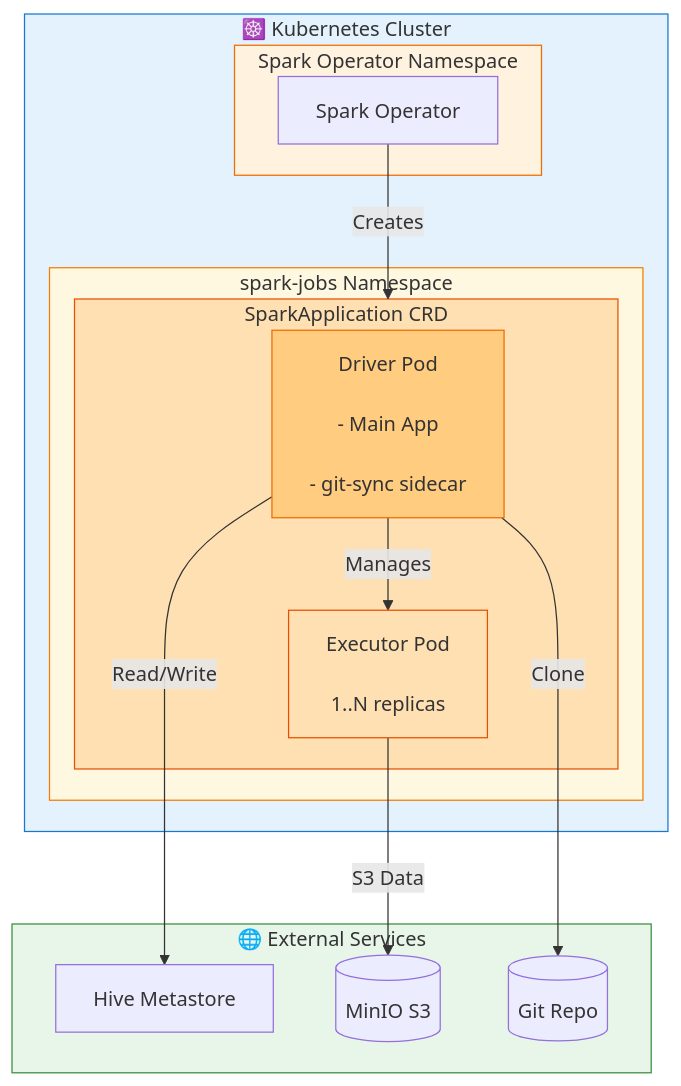
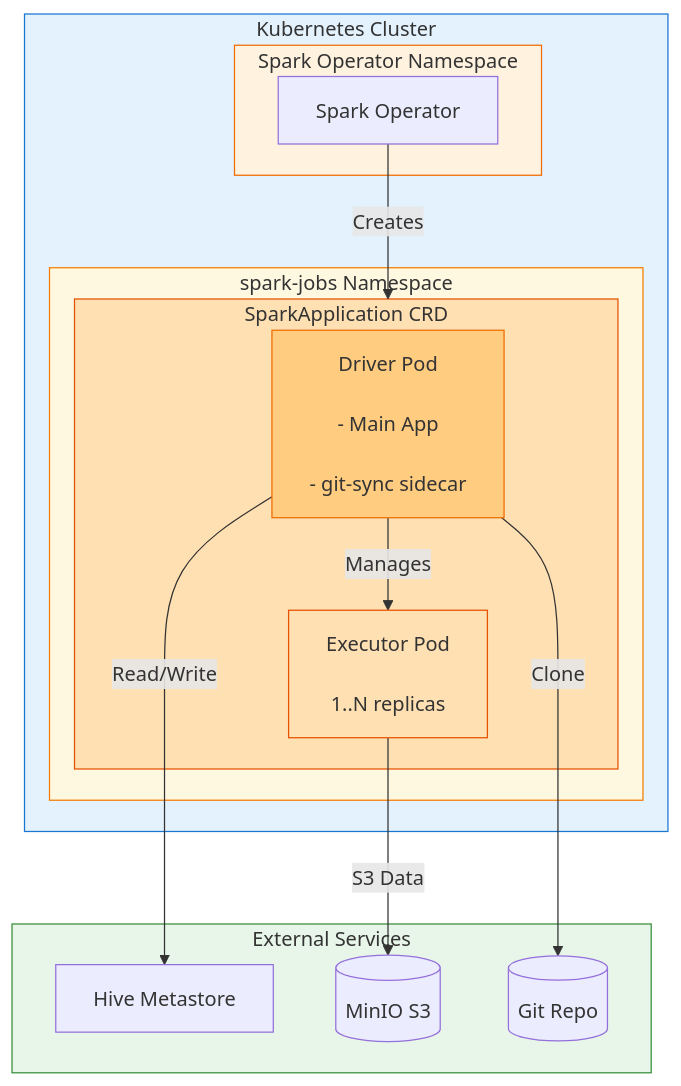
The first of 2 diagrams in website/docs/03-processing/apache-spark/README.md (trangtoan293/hanas-doc), drawn with Mermaid before and after one commit. The commit also changed 2 other files, not shown here.

Commit message:
docs: update processing layer documentation
Update Apache Airflow and Apache Spark documentation

Ultraworked with [Sisyphus](https://github.com/code-yeongyu/oh-my-opencode)

````diff
--- a/website/docs/03-processing/apache-spark/README.md
+++ b/website/docs/03-processing/apache-spark/README.md
@@ -9,39 +9,39 @@
 ```mermaid
 flowchart TB
-    subgraph K8s["☸️ Kubernetes Cluster"]
+    subgraph K8s["Kubernetes Cluster"]
         subgraph SparkOp["Spark Operator Namespace"]
             SO[Spark Operator]
         end
         
         subgraph SparkJobs["spark-jobs Namespace"]
             subgraph App["SparkApplication CRD"]
                 Driver[Driver Pod
                 <br/>- Main App
                 <br/>- git-sync sidecar]
                 Executor[Executor Pod
                 <br/>1..N replicas]
             end
         end
     end
     
-    subgraph External["🌐 External Services"]
+    subgraph External["External Services"]
         HMS[Hive Metastore]
         MinIO[(MinIO S3)]
         Git[(Git Repo)]
     end
     
     SO -->|Creates| App
     Driver -->|Manages| Executor
     
     Driver -->|Read/Write| HMS
     Driver -->|Clone| Git
     Executor -->|S3 Data| MinIO
     
     style K8s fill:#e3f2fd,stroke:#1976d2
     style SparkOp fill:#fff3e0,stroke:#ef6c00
     style SparkJobs fill:#fff8e1,stroke:#f57c00
     style App fill:#ffe0b2,stroke:#e65100
     style Driver fill:#ffcc80,stroke:#ef6c00
     style Executor fill:#ffe0b2,stroke:#e65100
     style External fill:#e8f5e9,stroke:#388e3c
 ```
````
